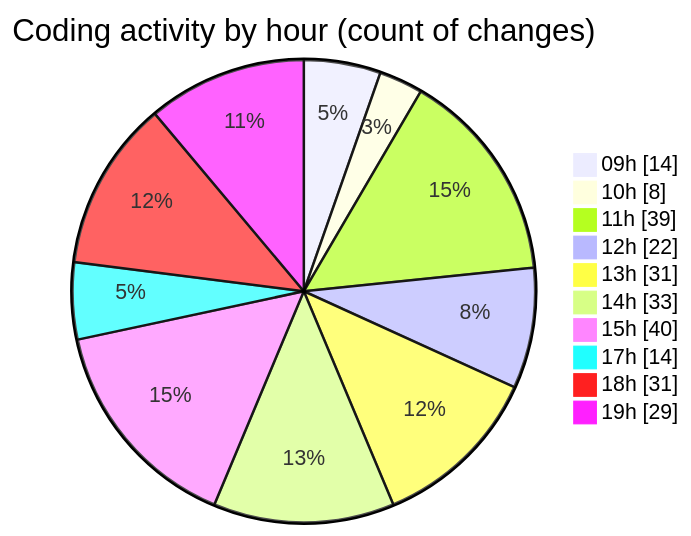
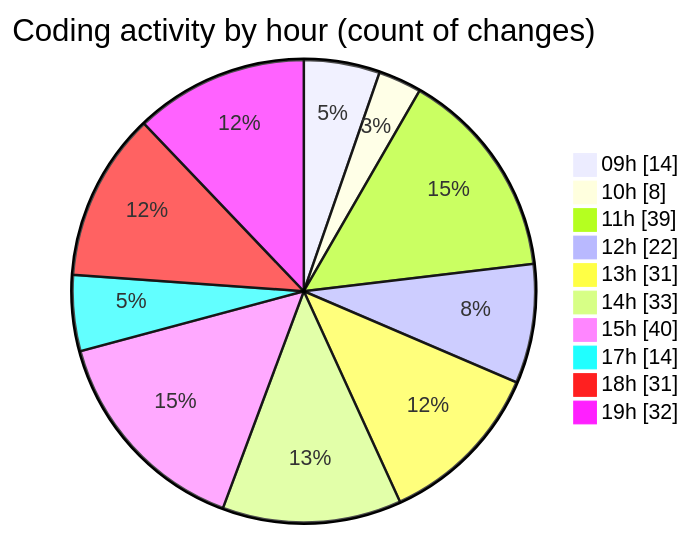
The second of 2 diagrams in 2025-02-07/cda/README.md (momahboobian/code-tracking), drawn with Mermaid before and after one commit. The commit also changed other lines of this file and 1 other file, not shown here.

````diff
--- a/2025-02-07/cda/README.md
+++ b/2025-02-07/cda/README.md
@@ -72,14 +72,14 @@
 ```mermaid
 pie showData
 title Coding activity by hour (count of changes)
 "09h" : 14
 "10h" : 8
 "11h" : 39
 "12h" : 22
 "13h" : 31
 "14h" : 33
 "15h" : 40
 "17h" : 14
 "18h" : 31
-"19h" : 29
+"19h" : 32
 ```
````
